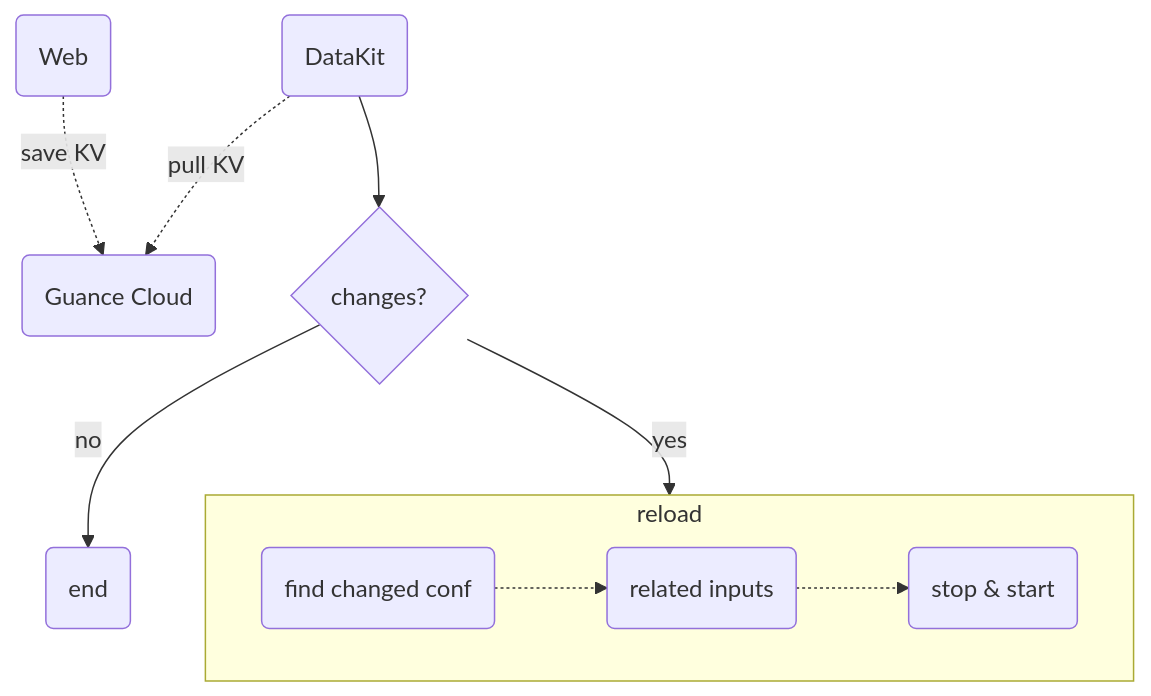
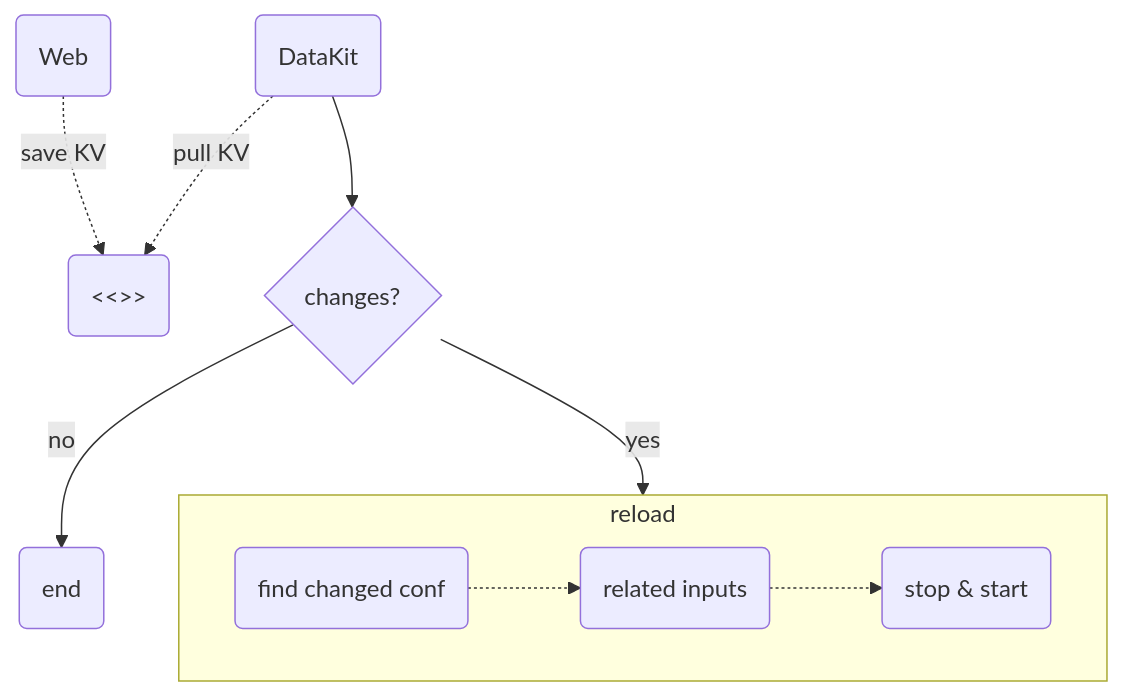
The diagram in docs/en/datakit/datakit-input-conf.md (GuanceCloud/guance-docs), drawn with Mermaid before and after one commit. The commit also changed other lines of this file and 286 other files, not shown here.

````diff
--- a/docs/en/datakit/datakit-input-conf.md
+++ b/docs/en/datakit/datakit-input-conf.md
@@ -206,22 +206,22 @@
 ```mermaid
 
 flowchart TD
-    guance(Guance Cloud);
+    brandname(<<<custom_key.brand_name>>>);
     web_client(Web);
     datakit(DataKit);
     changes{changes?};
     End(end);
 
    subgraph reload
    direction LR
    changed_conf(find changed conf) -.-> related_inputs(related inputs)
    related_inputs -.-> restart_input(stop & start)
    end
  
-   datakit -.-> |pull KV| guance
-   web_client -.-> |save KV| guance
+   datakit -.-> |pull KV| brandname 
+   web_client -.-> |save KV| brandname 
    datakit -->  changes
    changes --> |yes| reload
    changes --> |no| End
 
 ```
````
